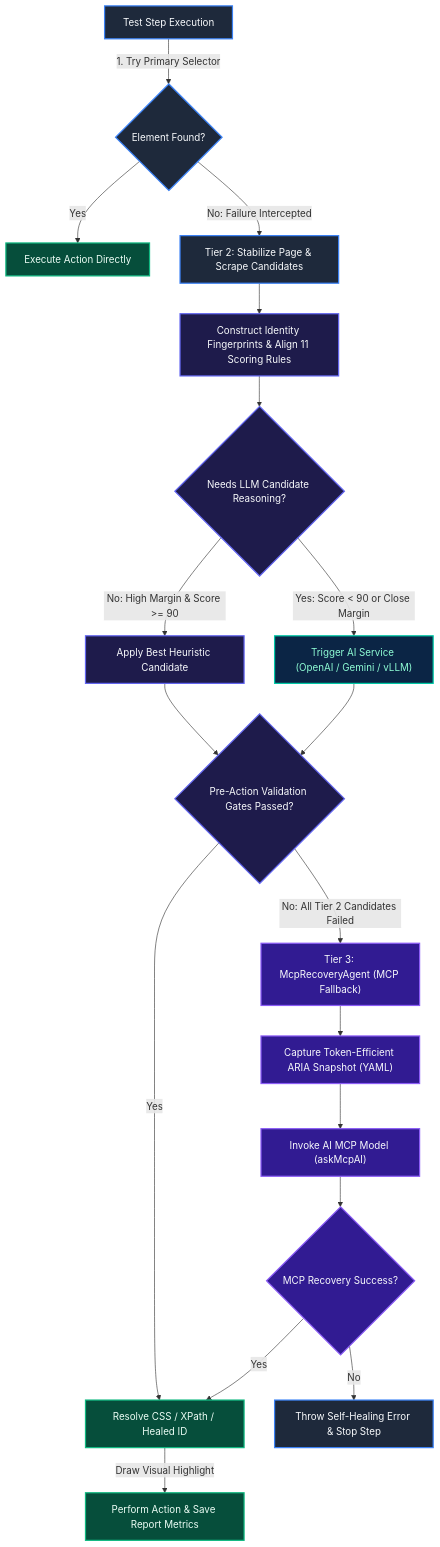
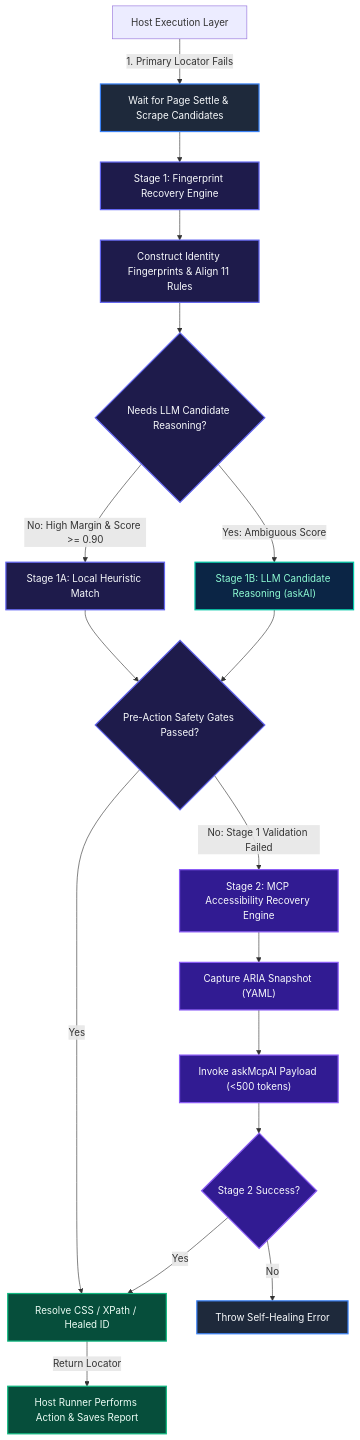
The diagram in README.md (shambhoo-narwaria/reLOCATE.AI-Intelligent-Element-Recovery-Engine), drawn with Mermaid before and after one commit. The commit also changed other lines of this file and 24 other files, not shown here.

````diff
--- a/README.md
+++ b/README.md
@@ -88,27 +88,26 @@
 ```mermaid
 graph TD
     %% Custom Styling
     classDef runner fill:#1e293b,stroke:#3b82f6,stroke-width:2px,color:#f8fafc;
     classDef scoring fill:#1e1b4b,stroke:#6366f1,stroke-width:2px,color:#f8fafc;
     classDef ai fill:#0b2545,stroke:#00c9a7,stroke-width:2px,color:#8efcd4;
     classDef mcp fill:#311b92,stroke:#8b5cf6,stroke-width:2px,color:#f8fafc;
     classDef action fill:#064e3b,stroke:#10b981,stroke-width:2px,color:#ecfdf5;
 
-    A[Test Step Execution]:::runner -->|1. Try Primary Selector| B{Element Found?}:::runner
-    B -->|Yes| C[Execute Action Directly]:::action
-    B -->|No: Failure Intercepted| D[Tier 2: Stabilize Page & Scrape Candidates]:::runner
-    D --> E[Construct Identity Fingerprints & Align 11 Scoring Rules]:::scoring
-    E --> F{Needs LLM Candidate Reasoning?}:::scoring
-    F -->|No: High Margin & Score >= 90| G[Apply Best Heuristic Candidate]:::scoring
-    F -->|Yes: Score < 90 or Close Margin| H["Trigger AI Service (OpenAI / Gemini / vLLM)"]:::ai
-    G --> I{Pre-Action Validation Gates Passed?}:::scoring
-    H --> I
-    I -->|Yes| J[Resolve CSS / XPath / Healed ID]:::action
-    I -->|No: All Tier 2 Candidates Failed| K["Tier 3: McpRecoveryAgent (MCP Fallback)"]:::mcp
-    K --> L["Capture Token-Efficient ARIA Snapshot (YAML)"]:::mcp
-    L --> M["Invoke AI MCP Model (askMcpAI)"]:::mcp
-    M --> N{MCP Recovery Success?}:::mcp
-    N -->|Yes| J
-    N -->|No| O[Throw Self-Healing Error & Stop Step]:::runner
-    J -->|Draw Visual Highlight| P[Perform Action & Save Report Metrics]:::action
+    A[Host Execution Layer] -->|1. Primary Locator Fails| B[Wait for Page Settle & Scrape Candidates]:::runner
+    B --> C["Stage 1: Fingerprint Recovery Engine"]:::scoring
+    C --> D[Construct Identity Fingerprints & Align 11 Rules]:::scoring
+    D --> E{Needs LLM Candidate Reasoning?}:::scoring
+    E -->|No: High Margin & Score >= 0.90| F[Stage 1A: Local Heuristic Match]:::scoring
+    E -->|Yes: Ambiguous Score| G["Stage 1B: LLM Candidate Reasoning (askAI)"]:::ai
+    F --> H{Pre-Action Safety Gates Passed?}:::scoring
+    G --> H
+    H -->|Yes| I[Resolve CSS / XPath / Healed ID]:::action
+    H -->|No: Stage 1 Validation Failed| J["Stage 2: MCP Accessibility Recovery Engine"]:::mcp
+    J --> K["Capture ARIA Snapshot (YAML)"]:::mcp
+    K --> L["Invoke askMcpAI Payload (<500 tokens)"]:::mcp
+    L --> M{Stage 2 Success?}:::mcp
+    M -->|Yes| I
+    M -->|No| N[Throw Self-Healing Error]:::runner
+    I -->|Return Locator| O[Host Runner Performs Action & Saves Report]:::action
 ```
````
